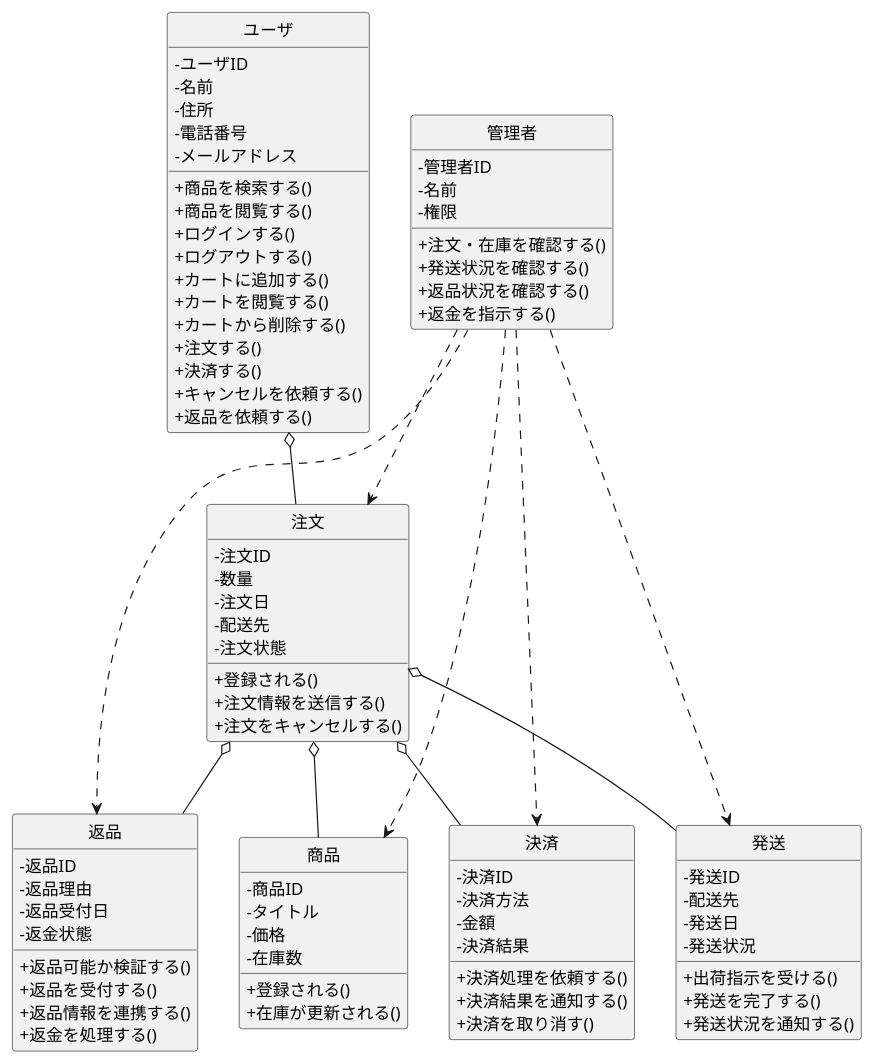
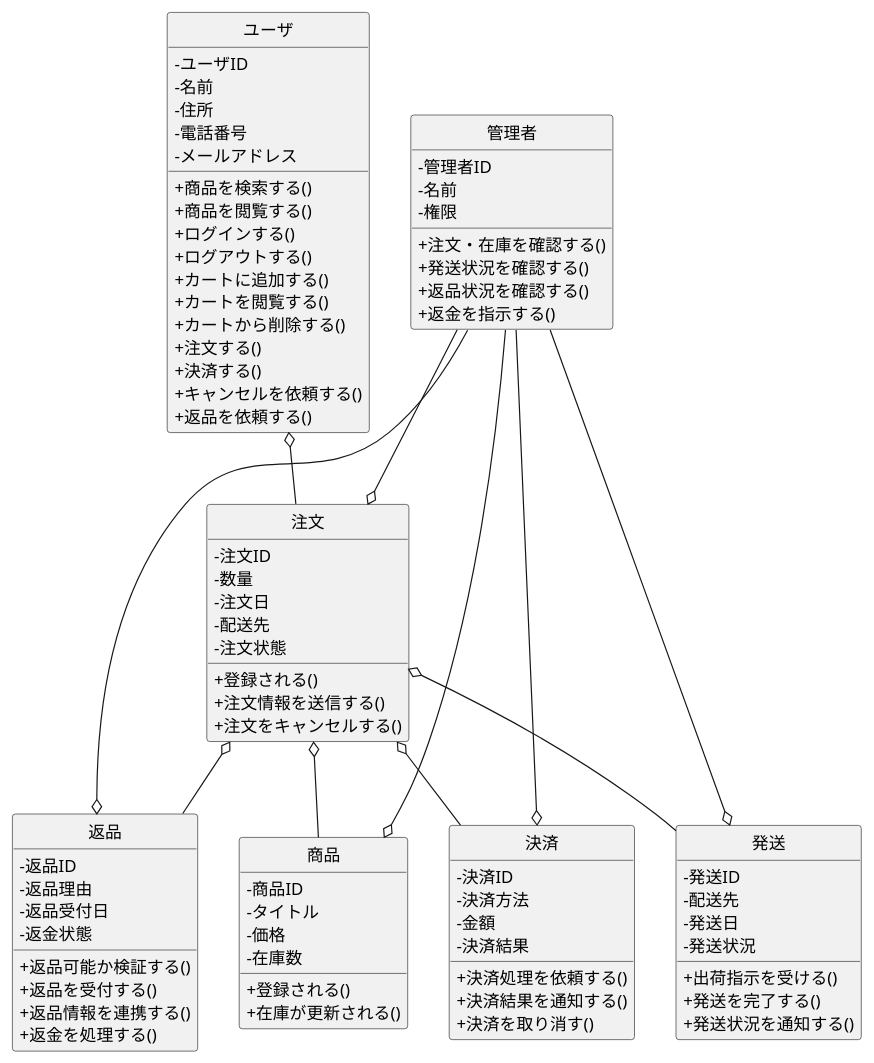
The diagram in BBshop/class.pu (ghbuser12/ohara_uml), drawn with PlantUML before and after one commit. The commit also changed 1 other file, not shown here.

```diff
--- a/BBshop/class.pu
+++ b/BBshop/class.pu
@@ -1,104 +1,104 @@
 @startuml ECサイトクラス図
 skinparam classAttributeIconSize 0
 hide circle
 
 class ユーザ {
  -ユーザID
  -名前
  -住所
  -電話番号
  -メールアドレス
 
  +商品を検索する()
  +商品を閲覧する()
  +ログインする()
  +ログアウトする()
  +カートに追加する()
  +カートを閲覧する()
  +カートから削除する()
  +注文する()
  +決済する()
  +キャンセルを依頼する()
  +返品を依頼する()
 }
 
 class 商品 {
  -商品ID
  -タイトル
  -価格
  -在庫数
 
  +登録される()
  +在庫が更新される()
 }
 
 class 注文 {
  -注文ID
  -数量
  -注文日
  -配送先
  -注文状態
 
  +登録される()
  +注文情報を送信する()
  +注文をキャンセルする()
 }
 
 class 決済 {
  -決済ID
  -決済方法
  -金額
  -決済結果
 
  +決済処理を依頼する()
  +決済結果を通知する()
  +決済を取り消す()
 }
 
 class 発送 {
  -発送ID
  -配送先
  -発送日
  -発送状況
 
  +出荷指示を受ける()
  +発送を完了する()
  +発送状況を通知する()
 }
 
 class 返品 {
  -返品ID
  -返品理由
  -返品受付日
  -返金状態
 
  +返品可能か検証する()
  +返品を受付する()
  +返品情報を連携する()
  +返金を処理する()
 }
 
 class 管理者 {
  -管理者ID
  -名前
  -権限
 
  +注文・在庫を確認する()
  +発送状況を確認する()
  +返品状況を確認する()
  +返金を指示する()
 }
 
 ' 関連
 ユーザ o-- 注文
 注文 o-- 商品
 注文 o-- 決済
 注文 o-- 発送
 注文 o-- 返品
-管理者 ..> 商品
-管理者 ..> 注文
-管理者 ..> 発送
-管理者 ..> 返品
-管理者 ..> 決済
+管理者 --o 商品
+管理者 --o 注文
+管理者 --o 発送
+管理者 --o 返品
+管理者 --o 決済
 
 @enduml
```
